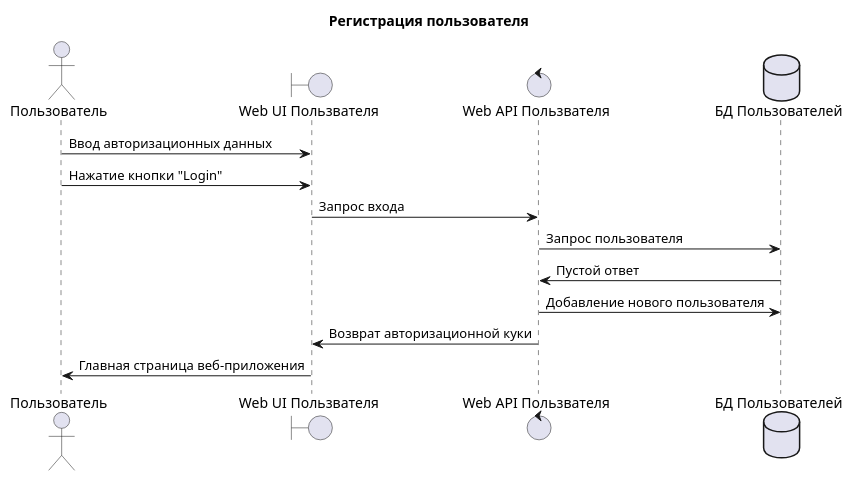
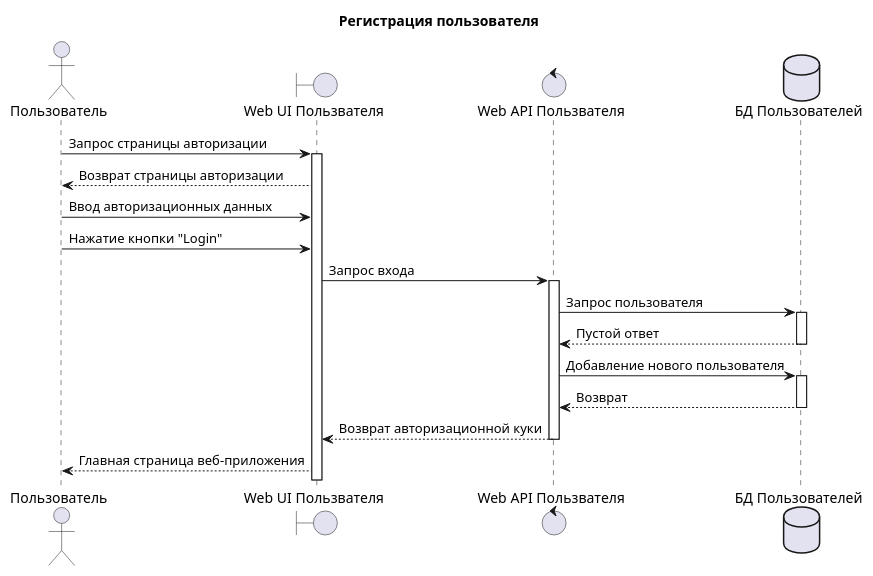
The first of 5 diagrams in docs/diagrams/sequence/User.WebApp.puml (mrypdm/JobSystem), drawn with PlantUML before and after one commit. The commit also changed other lines of this file and 2 other files, not shown here.

Commit message:
improve sequences

```diff
--- a/docs/diagrams/sequence/User.WebApp.puml
+++ b/docs/diagrams/sequence/User.WebApp.puml
@@ -1,19 +1,22 @@
 @startuml User sign up
 
 title Регистрация пользователя
 
 actor Пользователь as USER
 boundary "Web UI Пользвателя" as UI
 control "Web API Пользвателя" as API
 database "БД Пользователей" as DB
 
+USER -> UI++: Запрос страницы авторизации
+UI --> USER: Возврат страницы авторизации
 USER -> UI: Ввод авторизационных данных
 USER -> UI: Нажатие кнопки "Login"
-UI -> API: Запрос входа
-API -> DB: Запрос пользователя
-DB -> API: Пустой ответ
-API -> DB: Добавление нового пользователя
-API -> UI: Возврат авторизационной куки
-UI -> USER: Главная страница веб-приложения
+UI -> API++: Запрос входа
+API -> DB++: Запрос пользователя
+DB --> API--: Пустой ответ
+API -> DB++: Добавление нового пользователя
+DB --> API--: Возврат
+API --> UI--: Возврат авторизационной куки
+UI --> USER: Главная страница веб-приложения
 
 @enduml
```
